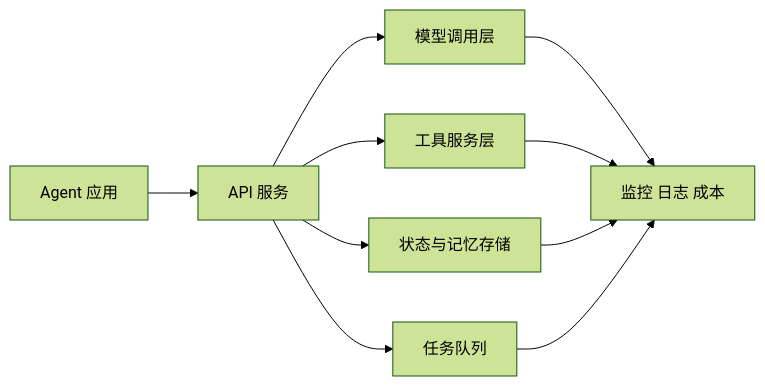
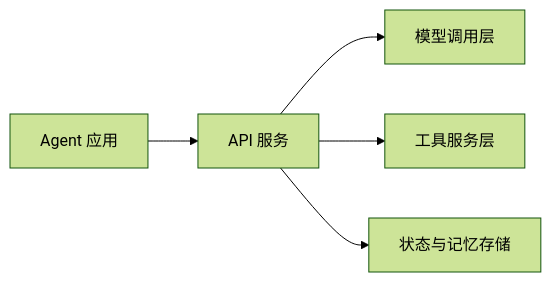
One commit to oudbiao/AI-fullstack-course changed the first of 5 diagrams in docs/stage9/ch09-deployment/00-roadmap.md. Above: the diagram before and after it, drawn with Mermaid (forest theme). The commit also changed other lines of this file and 139 other files, not shown here.

````diff
--- a/docs/stage9/ch09-deployment/00-roadmap.md
+++ b/docs/stage9/ch09-deployment/00-roadmap.md
@@ -20,12 +20,7 @@
 ```mermaid
 flowchart LR
   A[Agent 应用] --> B[API 服务]
   B --> C[模型调用层]
   B --> D[工具服务层]
   B --> E[状态与记忆存储]
-  B --> F[任务队列]
-  C --> G[监控 日志 成本]
-  D --> G
-  E --> G
-  F --> G
 ```
````
